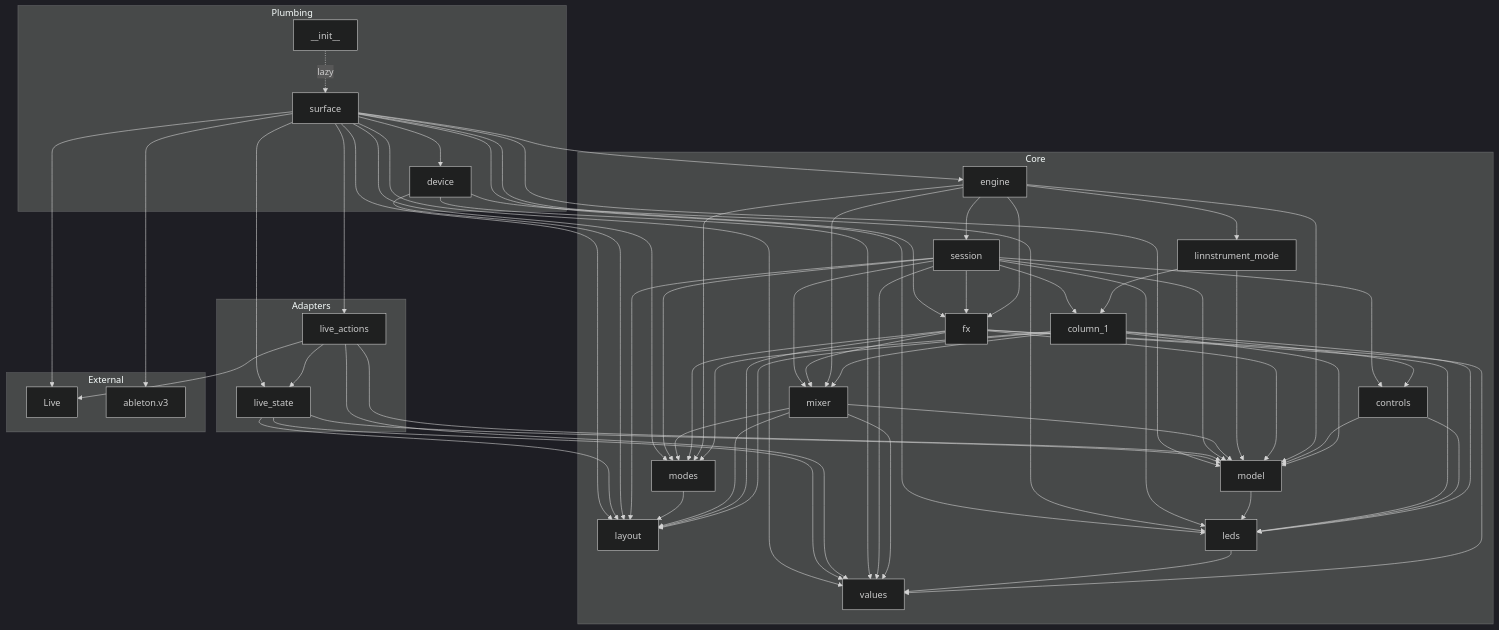
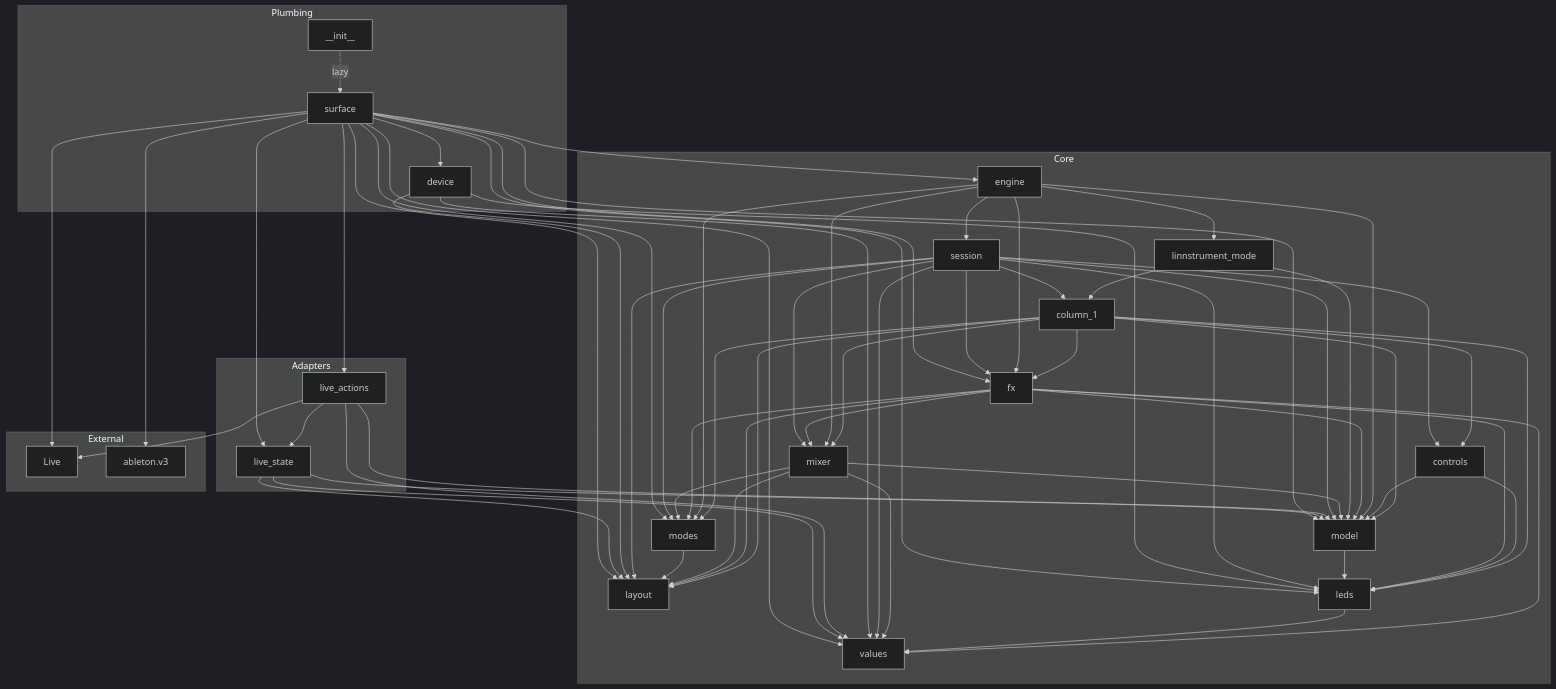
The fourth of 8 diagrams in docs/architecture.md (ianbleaker/bleakloop-linnstrument), drawn with Mermaid (dark theme) before and after one commit. The commit also changed other lines of this file and 27 other files, not shown here.

```diff
--- a/docs/architecture.md
+++ b/docs/architecture.md
@@ -207,6 +207,7 @@
   end
   __init__ -.->|lazy| surface
   core_column_1 --> core_controls
+  core_column_1 --> core_fx
   core_column_1 --> core_layout
   core_column_1 --> core_leds
   core_column_1 --> core_mixer
```
